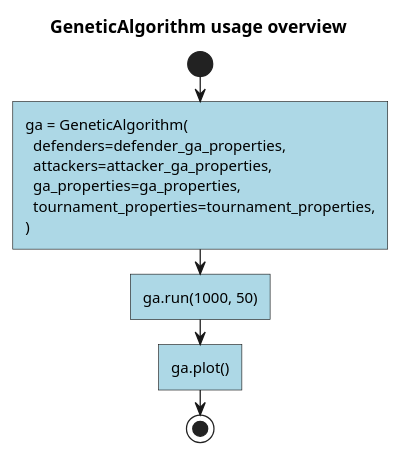
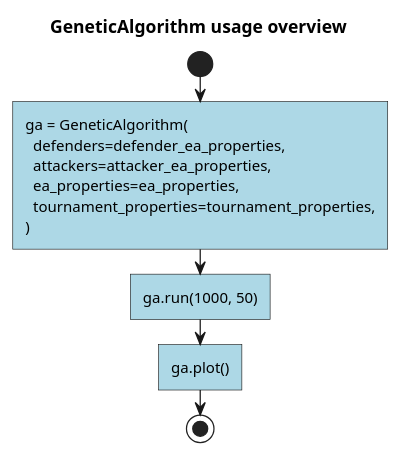
Before and after one commit to ruipimentel/FlipThem-Simulation: the first of 7 diagrams in DOCS/activity-diagram_genetic-algorithm.puml, drawn with PlantUML. The commit also changed other lines of this file and 1 other file, not shown here.

```diff
--- a/DOCS/activity-diagram_genetic-algorithm.puml
+++ b/DOCS/activity-diagram_genetic-algorithm.puml
@@ -1,20 +1,20 @@
 @startuml "overview"
 
 title GeneticAlgorithm usage overview
 
 start
 
 #lightblue:ga = GeneticAlgorithm(
-  defenders=defender_ga_properties,
-  attackers=attacker_ga_properties,
-  ga_properties=ga_properties,
+  defenders=defender_ea_properties,
+  attackers=attacker_ea_properties,
+  ea_properties=ea_properties,
   tournament_properties=tournament_properties,
 )]
 
 #lightblue:ga.run(1000, 50)]
 
 #lightblue:ga.plot()]
 
 stop
 
 @enduml
```
